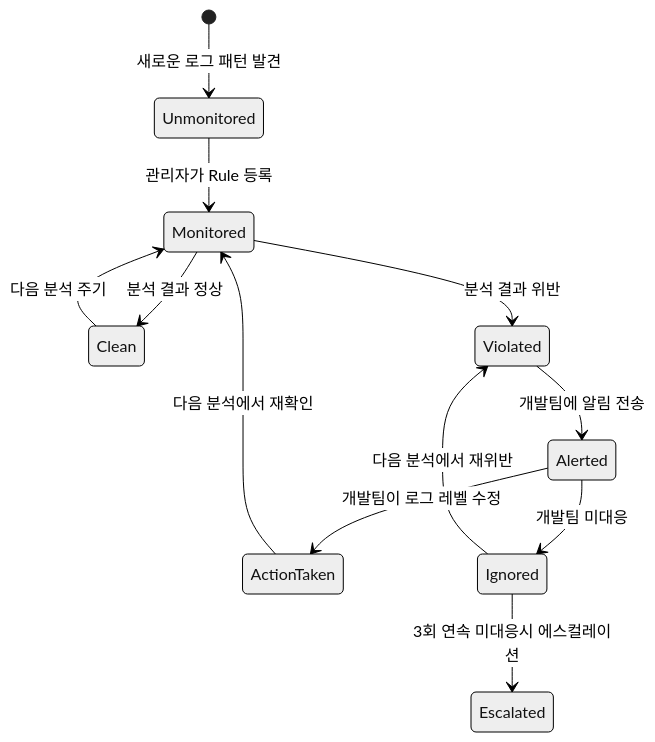
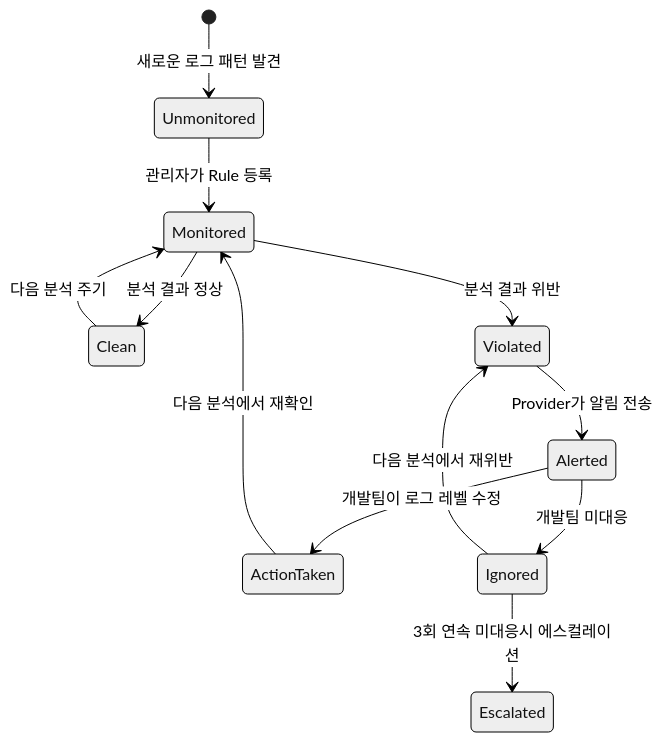
Before and after one commit to chjcmy/study: the tenth of 21 diagrams in azure/projects/log-doctor-plan.md, drawn with Mermaid (neutral theme). The commit also changed other lines of this file, not shown here.

````diff
--- a/azure/projects/log-doctor-plan.md
+++ b/azure/projects/log-doctor-plan.md
@@ -395,18 +386,18 @@
 ```mermaid
 stateDiagram-v2
     [*] --> Unmonitored: 새로운 로그 패턴 발견
 
     Unmonitored --> Monitored: 관리자가 Rule 등록
 
     Monitored --> Clean: 분석 결과 정상
     Monitored --> Violated: 분석 결과 위반
 
     Clean --> Monitored: 다음 분석 주기
-    Violated --> Alerted: 개발팀에 알림 전송
+    Violated --> Alerted: Provider가 알림 전송
     Alerted --> ActionTaken: 개발팀이 로그 레벨 수정
     Alerted --> Ignored: 개발팀 미대응
 
     ActionTaken --> Monitored: 다음 분석에서 재확인
     Ignored --> Violated: 다음 분석에서 재위반
     Ignored --> Escalated: 3회 연속 미대응시 에스컬레이션
 ```
````
